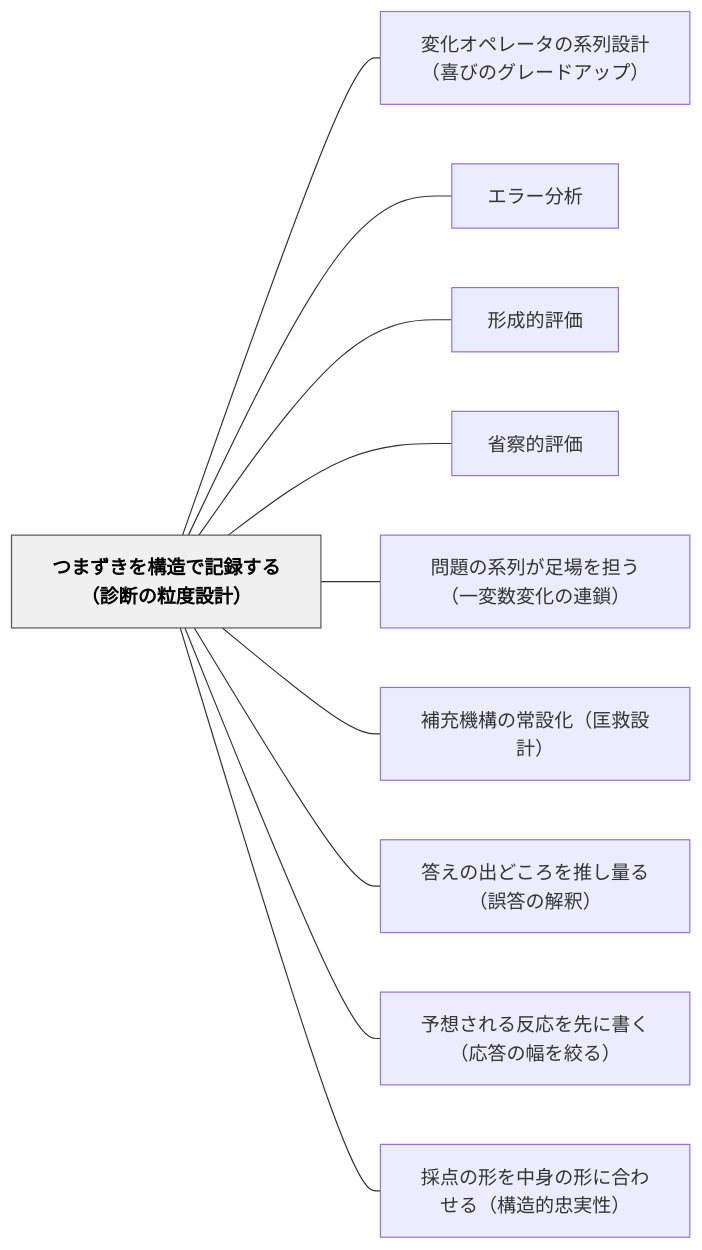
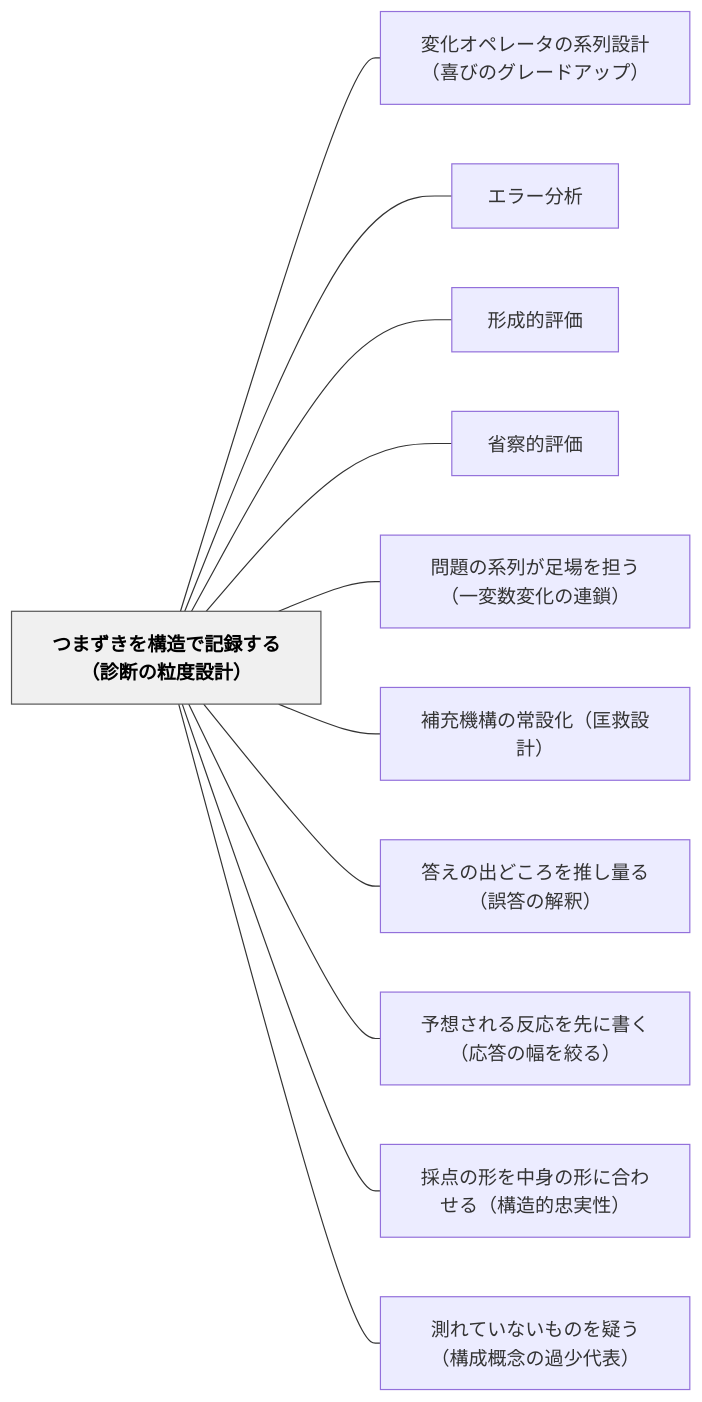
One commit to unknownthings-ed-patterns/unknownthings-ed-patterns changed the diagram in content/パタン/つまずきを構造で記録する（診断の粒度設計）.md. Above: the diagram before and after it, drawn with Mermaid. The commit also changed other lines of this file and 22 other files, not shown here.

````diff
--- a/content/パタン/つまずきを構造で記録する（診断の粒度設計）.md
+++ b/content/パタン/つまずきを構造で記録する（診断の粒度設計）.md
@@ -117,26 +118,28 @@
 ```mermaid
 flowchart LR
     ne381a4e381bee3819ae3818de38292e6a78be980a0e381a7e8a898e98cb2e38199e3828befbc88e8a8bae696ade381aee7b292e5baa6e8a8ade8a888efbc89["つまずきを構造で記録する（診断の粒度設計）"]
     ne5a489e58c96e382aae3839ae383ace383bce382bfe381aee7b3bbe58897e8a8ade8a888efbc88e5969ce381b3e381aee382b0e383ace383bce38389e382a2e38383e38397efbc89["変化オペレータの系列設計（喜びのグレードアップ）"]
     ne382a8e383a9e383bce58886e69e90["エラー分析"]
     ne5bda2e68890e79a84e8a995e4bea1["形成的評価"]
     ne79c81e5af9fe79a84e8a995e4bea1["省察的評価"]
     ne5958fe9a18ce381aee7b3bbe58897e3818ce8b6b3e5a0b4e38292e68b85e38186efbc88e4b880e5a489e695b0e5a489e58c96e381aee980a3e98e96efbc89["問題の系列が足場を担う（一変数変化の連鎖）"]
     ne8a39ce58585e6a99fe6a78be381aee5b8b8e8a8ade58c96efbc88e58ca1e69591e8a8ade8a888efbc89["補充機構の常設化（匡救設計）"]
     ne7ad94e38188e381aee587bae381a9e38193e3828de38292e68ea8e38197e9878fe3828befbc88e8aaa4e7ad94e381aee8a7a3e98788efbc89["答えの出どころを推し量る（誤答の解釈）"]
     ne4ba88e683b3e38195e3828ce3828be58f8de5bf9ce38292e58588e381abe69bb8e3818fefbc88e5bf9ce7ad94e381aee5b985e38292e7b59ee3828befbc89["予想される反応を先に書く（応答の幅を絞る）"]
     ne68ea1e782b9e381aee5bda2e38292e4b8ade8baabe381aee5bda2e381abe59088e3828fe3819be3828befbc88e6a78be980a0e79a84e5bfa0e5ae9fe680a7efbc89["採点の形を中身の形に合わせる（構造的忠実性）"]
+    ne6b8ace3828ce381a6e38184e381aae38184e38282e381aee38292e79691e38186efbc88e6a78be68890e6a682e5bfb5e381aee9818ee5b091e4bba3e8a1a8efbc89["測れていないものを疑う（構成概念の過少代表）"]
 
     ne381a4e381bee3819ae3818de38292e6a78be980a0e381a7e8a898e98cb2e38199e3828befbc88e8a8bae696ade381aee7b292e5baa6e8a8ade8a888efbc89 --- ne5a489e58c96e382aae3839ae383ace383bce382bfe381aee7b3bbe58897e8a8ade8a888efbc88e5969ce381b3e381aee382b0e383ace383bce38389e382a2e38383e38397efbc89
     ne381a4e381bee3819ae3818de38292e6a78be980a0e381a7e8a898e98cb2e38199e3828befbc88e8a8bae696ade381aee7b292e5baa6e8a8ade8a888efbc89 --- ne382a8e383a9e383bce58886e69e90
     ne381a4e381bee3819ae3818de38292e6a78be980a0e381a7e8a898e98cb2e38199e3828befbc88e8a8bae696ade381aee7b292e5baa6e8a8ade8a888efbc89 --- ne5bda2e68890e79a84e8a995e4bea1
     ne381a4e381bee3819ae3818de38292e6a78be980a0e381a7e8a898e98cb2e38199e3828befbc88e8a8bae696ade381aee7b292e5baa6e8a8ade8a888efbc89 --- ne79c81e5af9fe79a84e8a995e4bea1
     ne381a4e381bee3819ae3818de38292e6a78be980a0e381a7e8a898e98cb2e38199e3828befbc88e8a8bae696ade381aee7b292e5baa6e8a8ade8a888efbc89 --- ne5958fe9a18ce381aee7b3bbe58897e3818ce8b6b3e5a0b4e38292e68b85e38186efbc88e4b880e5a489e695b0e5a489e58c96e381aee980a3e98e96efbc89
     ne381a4e381bee3819ae3818de38292e6a78be980a0e381a7e8a898e98cb2e38199e3828befbc88e8a8bae696ade381aee7b292e5baa6e8a8ade8a888efbc89 --- ne8a39ce58585e6a99fe6a78be381aee5b8b8e8a8ade58c96efbc88e58ca1e69591e8a8ade8a888efbc89
     ne381a4e381bee3819ae3818de38292e6a78be980a0e381a7e8a898e98cb2e38199e3828befbc88e8a8bae696ade381aee7b292e5baa6e8a8ade8a888efbc89 --- ne7ad94e38188e381aee587bae381a9e38193e3828de38292e68ea8e38197e9878fe3828befbc88e8aaa4e7ad94e381aee8a7a3e98788efbc89
     ne381a4e381bee3819ae3818de38292e6a78be980a0e381a7e8a898e98cb2e38199e3828befbc88e8a8bae696ade381aee7b292e5baa6e8a8ade8a888efbc89 --- ne4ba88e683b3e38195e3828ce3828be58f8de5bf9ce38292e58588e381abe69bb8e3818fefbc88e5bf9ce7ad94e381aee5b985e38292e7b59ee3828befbc89
     ne381a4e381bee3819ae3818de38292e6a78be980a0e381a7e8a898e98cb2e38199e3828befbc88e8a8bae696ade381aee7b292e5baa6e8a8ade8a888efbc89 --- ne68ea1e782b9e381aee5bda2e38292e4b8ade8baabe381aee5bda2e381abe59088e3828fe3819be3828befbc88e6a78be980a0e79a84e5bfa0e5ae9fe680a7efbc89
+    ne381a4e381bee3819ae3818de38292e6a78be980a0e381a7e8a898e98cb2e38199e3828befbc88e8a8bae696ade381aee7b292e5baa6e8a8ade8a888efbc89 --- ne6b8ace3828ce381a6e38184e381aae38184e38282e381aee38292e79691e38186efbc88e6a78be68890e6a682e5bfb5e381aee9818ee5b091e4bba3e8a1a8efbc89
 
     classDef hub fill:#f0f0f0,stroke:#555,color:#000,font-weight:bold
     class ne381a4e381bee3819ae3818de38292e6a78be980a0e381a7e8a898e98cb2e38199e3828befbc88e8a8bae696ade381aee7b292e5baa6e8a8ade8a888efbc89 hub
 ```
````
